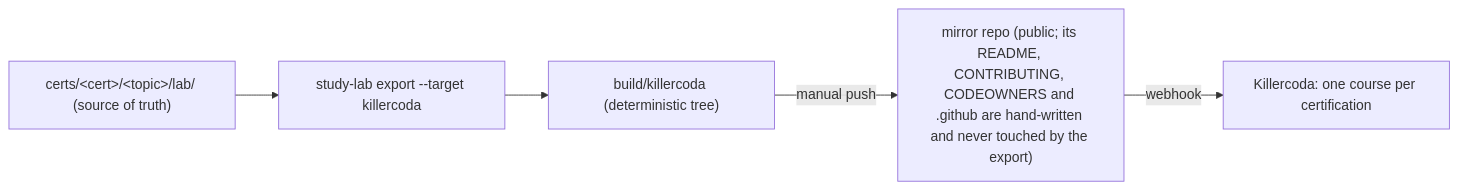
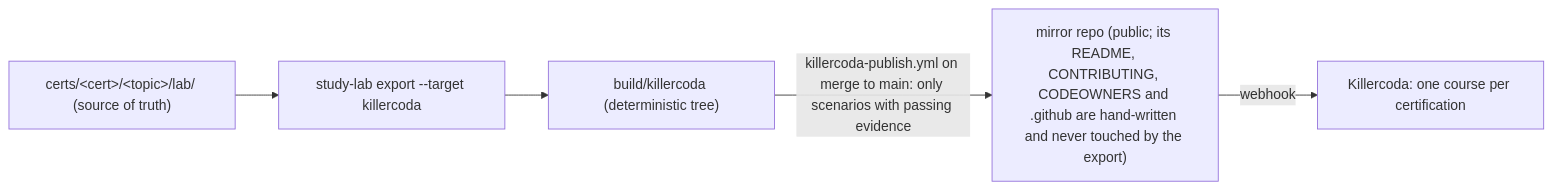
Before and after one commit to villadalmine/study-cybercirujas: the diagram in docs/RUN-A-LAB-ANYWHERE.md, drawn with Mermaid. The commit also changed 68 other files, not shown here.

First line of the commit message:
docs: cleanup, the root keeps only what tools expect; AGENTS.md, CHARTER.md, a short README, stale docs fixed (#215)

````diff
--- a/docs/RUN-A-LAB-ANYWHERE.md
+++ b/docs/RUN-A-LAB-ANYWHERE.md
@@ -18,7 +18,7 @@
 ```mermaid
 flowchart LR
   L["certs/&lt;cert&gt;/&lt;topic&gt;/lab/ (source of truth)"] --> E["study-lab export --target killercoda"]
   E --> T["build/killercoda (deterministic tree)"]
-  T -->|"manual push"| M["mirror repo (public; its README, CONTRIBUTING, CODEOWNERS and .github are hand-written and never touched by the export)"]
+  T -->|"killercoda-publish.yml on merge to main: only scenarios with passing evidence"| M["mirror repo (public; its README, CONTRIBUTING, CODEOWNERS and .github are hand-written and never touched by the export)"]
   M -->|"webhook"| K["Killercoda: one course per certification"]
 ```
````
